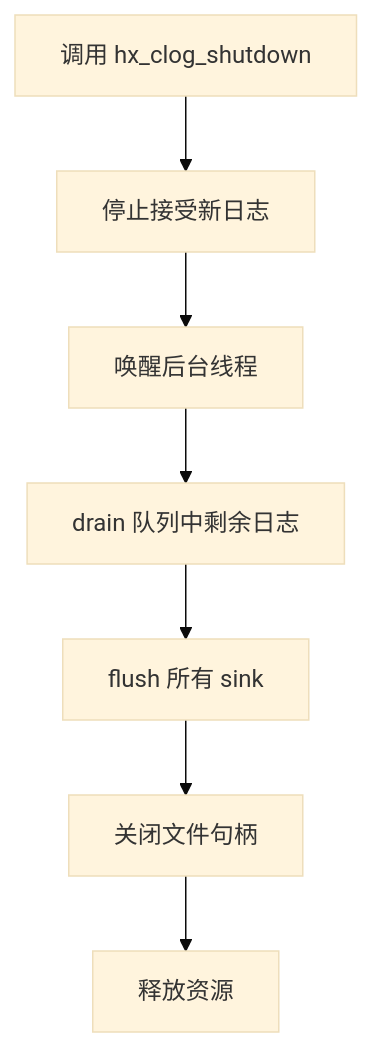
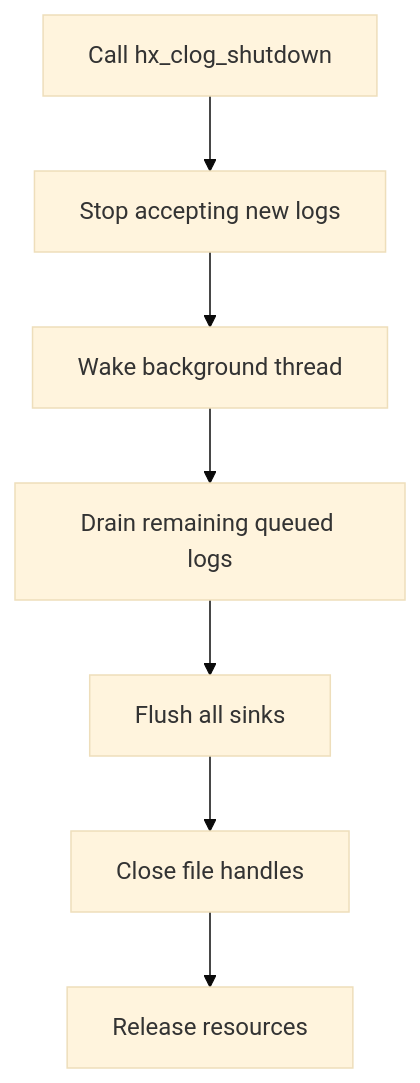
One commit to HuangX666/hx_clog changed the fifth of 12 diagrams in README.md. Above: the diagram before and after it, drawn with Mermaid (base theme). The commit also changed other lines of this file and 9 other files, not shown here.

````diff
--- a/README.md
+++ b/README.md
@@ -606,9 +609,9 @@
 ```mermaid
 flowchart TD
-    A["调用 hx_clog_shutdown"] --> B["停止接受新日志"]
-    B --> C["唤醒后台线程"]
-    C --> D["drain 队列中剩余日志"]
-    D --> E["flush 所有 sink"]
-    E --> F["关闭文件句柄"]
-    F --> G["释放资源"]
+    A["Call hx_clog_shutdown"] --> B["Stop accepting new logs"]
+    B --> C["Wake background thread"]
+    C --> D["Drain remaining queued logs"]
+    D --> E["Flush all sinks"]
+    E --> F["Close file handles"]
+    F --> G["Release resources"]
 ```
````
